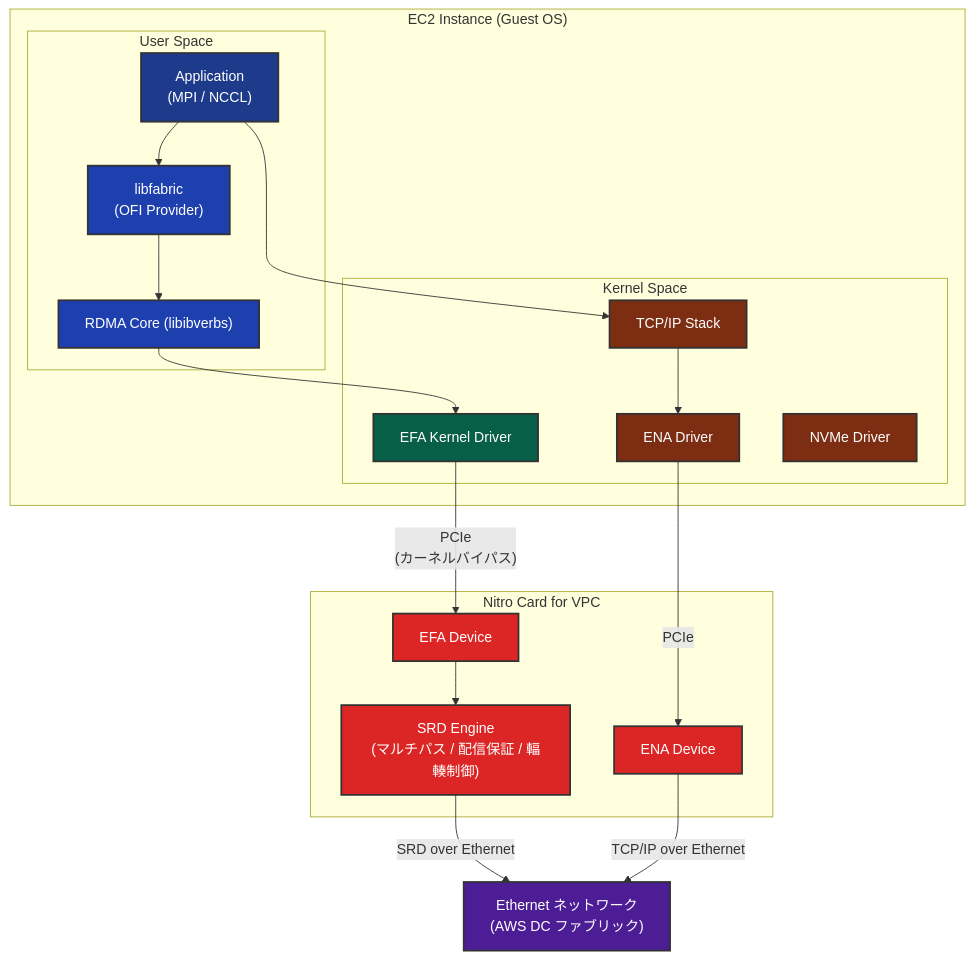
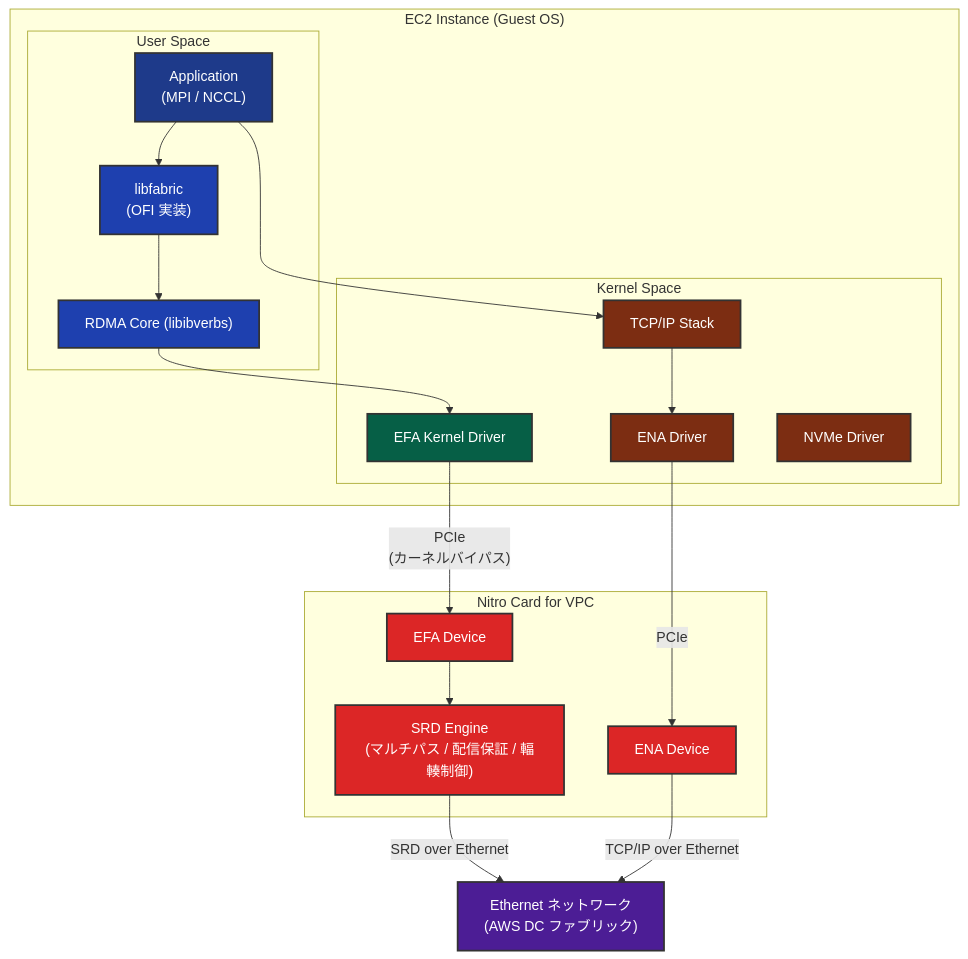
The fourth of 10 diagrams in articles/0eeb53ca63f8b2.md (littlemex/zenn), drawn with Mermaid before and after one commit. The commit also changed other lines of this file, not shown here.

````diff
--- a/articles/0eeb53ca63f8b2.md
+++ b/articles/0eeb53ca63f8b2.md
@@ -423,47 +421,47 @@
 ```mermaid
 graph TB
     subgraph "EC2 Instance (Guest OS)"
         subgraph "User Space"
             APP["Application<br/>(MPI / NCCL)"]
-            LF["libfabric<br/>(OFI Provider)"]
+            LF["libfabric<br/>(OFI 実装)"]
             RDMA_CORE["RDMA Core (libibverbs)"]
         end
         subgraph "Kernel Space"
             EFA_DRV["EFA Kernel Driver"]
             TCP["TCP/IP Stack"]
             ENA_DRV["ENA Driver"]
             NVME_DRV["NVMe Driver"]
         end
     end
 
     subgraph "Nitro Card for VPC"
         EFA_DEV["EFA Device"]
         SRD_ENGINE["SRD Engine<br/>(マルチパス / 配信保証 / 輻輳制御)"]
         ENA_DEV["ENA Device"]
     end
 
     ETH["Ethernet ネットワーク<br/>(AWS DC ファブリック)"]
 
     APP --> LF
     LF --> RDMA_CORE
     RDMA_CORE --> EFA_DRV
     APP --> TCP
     TCP --> ENA_DRV
     EFA_DRV -->|"PCIe<br/>(カーネルバイパス)"| EFA_DEV
     ENA_DRV -->|"PCIe"| ENA_DEV
     EFA_DEV --> SRD_ENGINE
     SRD_ENGINE -->|"SRD over Ethernet"| ETH
     ENA_DEV -->|"TCP/IP over Ethernet"| ETH
 
     style APP fill: #1e3a8a,stroke: #333,stroke-width:2px,color: #fff
     style LF fill: #1e40af,stroke: #333,stroke-width:2px,color: #fff
     style RDMA_CORE fill: #1e40af,stroke: #333,stroke-width:2px,color: #fff
     style EFA_DRV fill: #065f46,stroke: #333,stroke-width:2px,color: #fff
     style TCP fill: #7c2d12,stroke: #333,stroke-width:2px,color: #fff
     style ENA_DRV fill: #7c2d12,stroke: #333,stroke-width:2px,color: #fff
     style NVME_DRV fill: #7c2d12,stroke: #333,stroke-width:2px,color: #fff
     style EFA_DEV fill: #dc2626,stroke: #333,stroke-width:2px,color: #fff
     style SRD_ENGINE fill: #dc2626,stroke: #333,stroke-width:2px,color: #fff
     style ENA_DEV fill: #dc2626,stroke: #333,stroke-width:2px,color: #fff
     style ETH fill: #4c1d95,stroke: #333,stroke-width:2px,color: #fff
 ```
````
